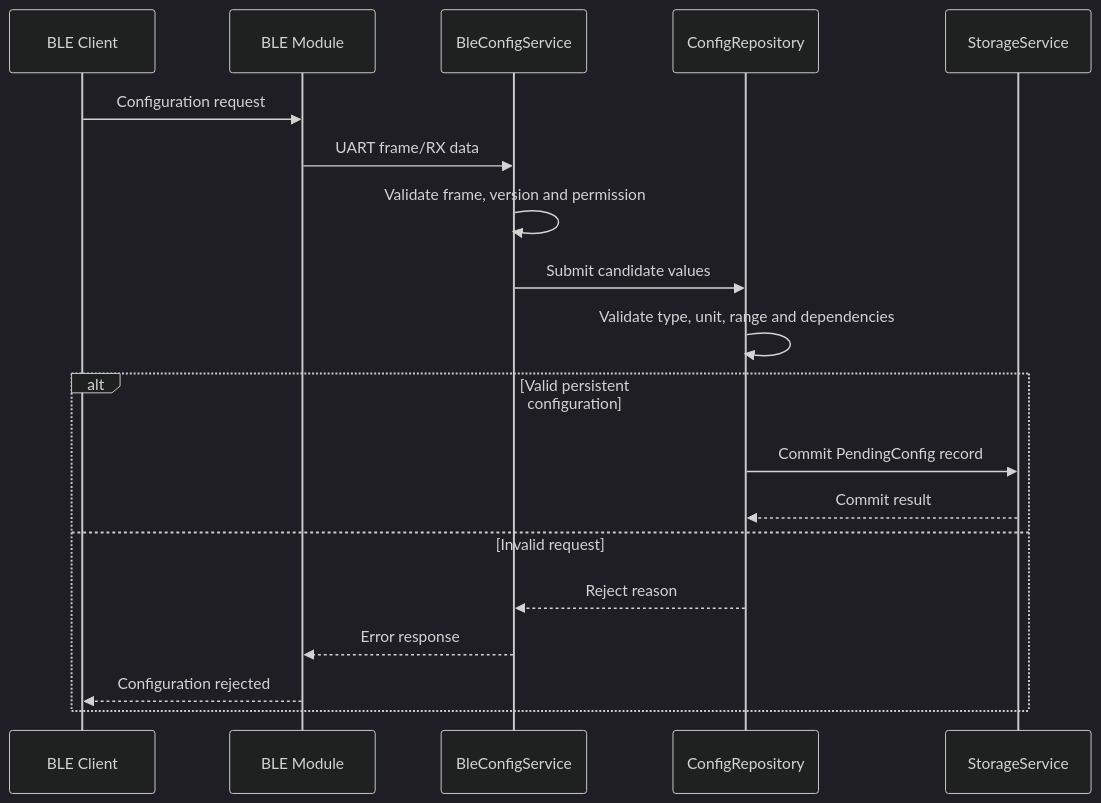
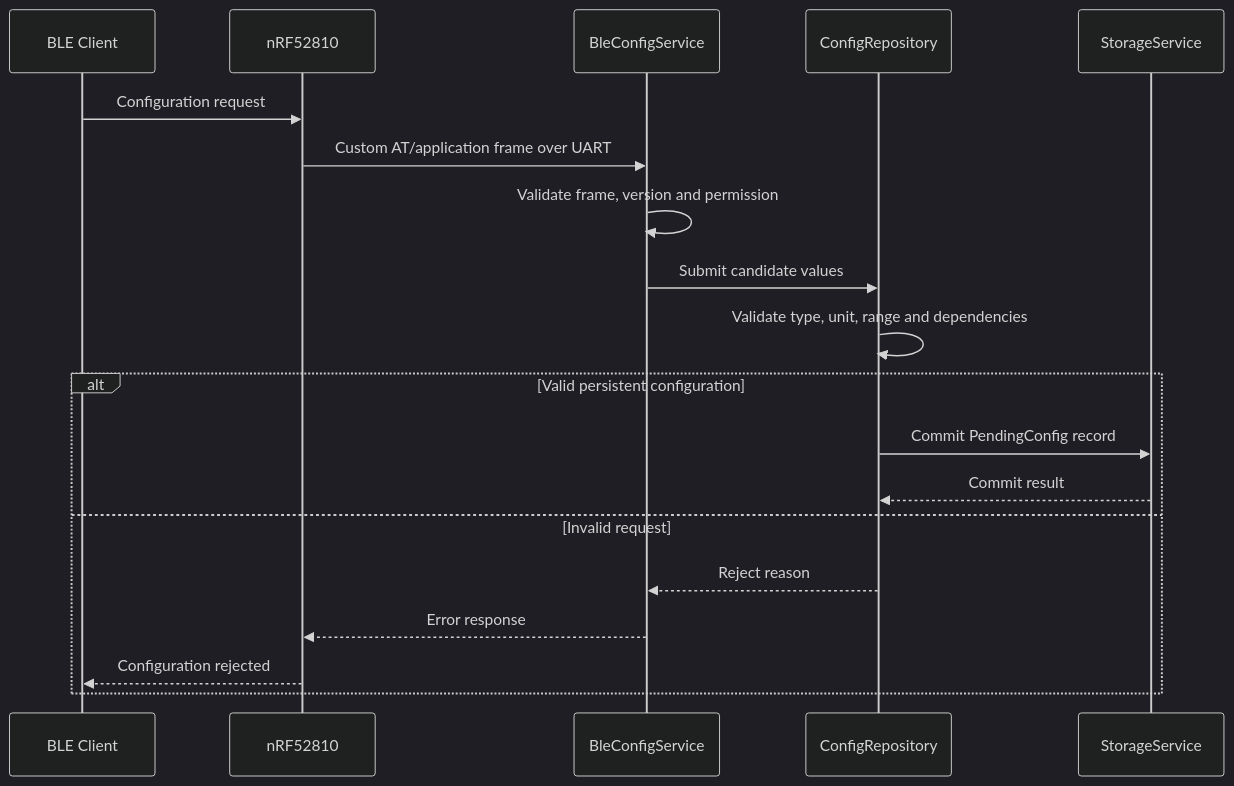
Before and after one commit to whoisLePhuc/smart-water-flow-pressure-monitor: diagram 12 of 27 in 1.docs/00_overview/05_sequence_diagrams.md, drawn with Mermaid (dark theme). The commit also changed other lines of this file and 14 other files, not shown here.

````diff
--- a/1.docs/00_overview/05_sequence_diagrams.md
+++ b/1.docs/00_overview/05_sequence_diagrams.md
@@ -470,22 +470,22 @@
 ```mermaid
 sequenceDiagram
     participant CLIENT as BLE Client
-    participant MODULE as BLE Module
+    participant MODULE as nRF52810
     participant BLE as BleConfigService
     participant CR as ConfigRepository
     participant SS as StorageService
 
     CLIENT->>MODULE: Configuration request
-    MODULE->>BLE: UART frame/RX data
+    MODULE->>BLE: Custom AT/application frame over UART
     BLE->>BLE: Validate frame, version and permission
     BLE->>CR: Submit candidate values
     CR->>CR: Validate type, unit, range and dependencies
     alt Valid persistent configuration
         CR->>SS: Commit PendingConfig record
         SS-->>CR: Commit result
     else Invalid request
         CR-->>BLE: Reject reason
         BLE-->>MODULE: Error response
         MODULE-->>CLIENT: Configuration rejected
     end
 ```
````
